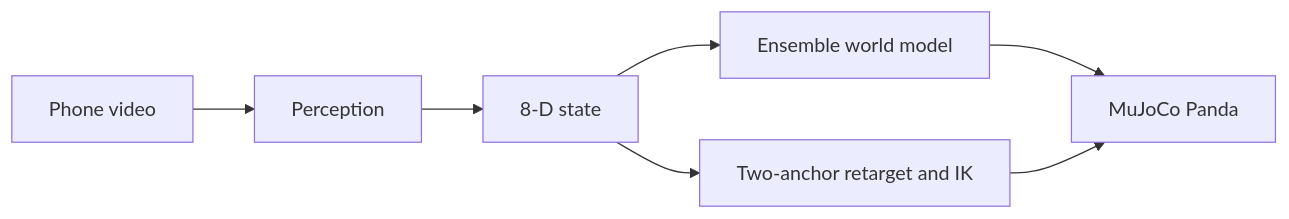
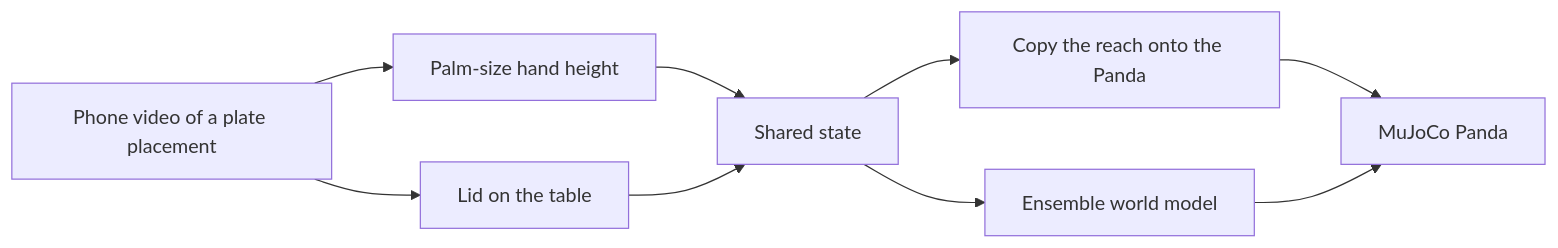
The diagram in README.md (lucmantoux/humanoid-challenge-lucmantoux), drawn with Mermaid before and after one commit. The commit also changed other lines of this file and 75 other files, not shown here.

First line of the commit message:
Record the palm-size height and hybrid replay, with the v2 results.

````diff
--- a/README.md
+++ b/README.md
@@ -114,9 +86,11 @@
 ```mermaid
 flowchart LR
-  phone[Phone video] --> perception[Perception]
-  perception --> state[8-D state]
-  state --> wm[Ensemble world model]
-  state --> retarget[Two-anchor retarget and IK]
-  wm --> panda[MuJoCo Panda]
-  retarget --> panda
+  phone[Phone video of a plate placement] --> hand[Palm-size hand height]
+  phone --> lid[Lid on the table]
+  hand --> state[Shared state]
+  lid --> state
+  state --> copy[Copy the reach onto the Panda]
+  state --> model[Ensemble world model]
+  copy --> panda[MuJoCo Panda]
+  model --> panda
 ```
````
